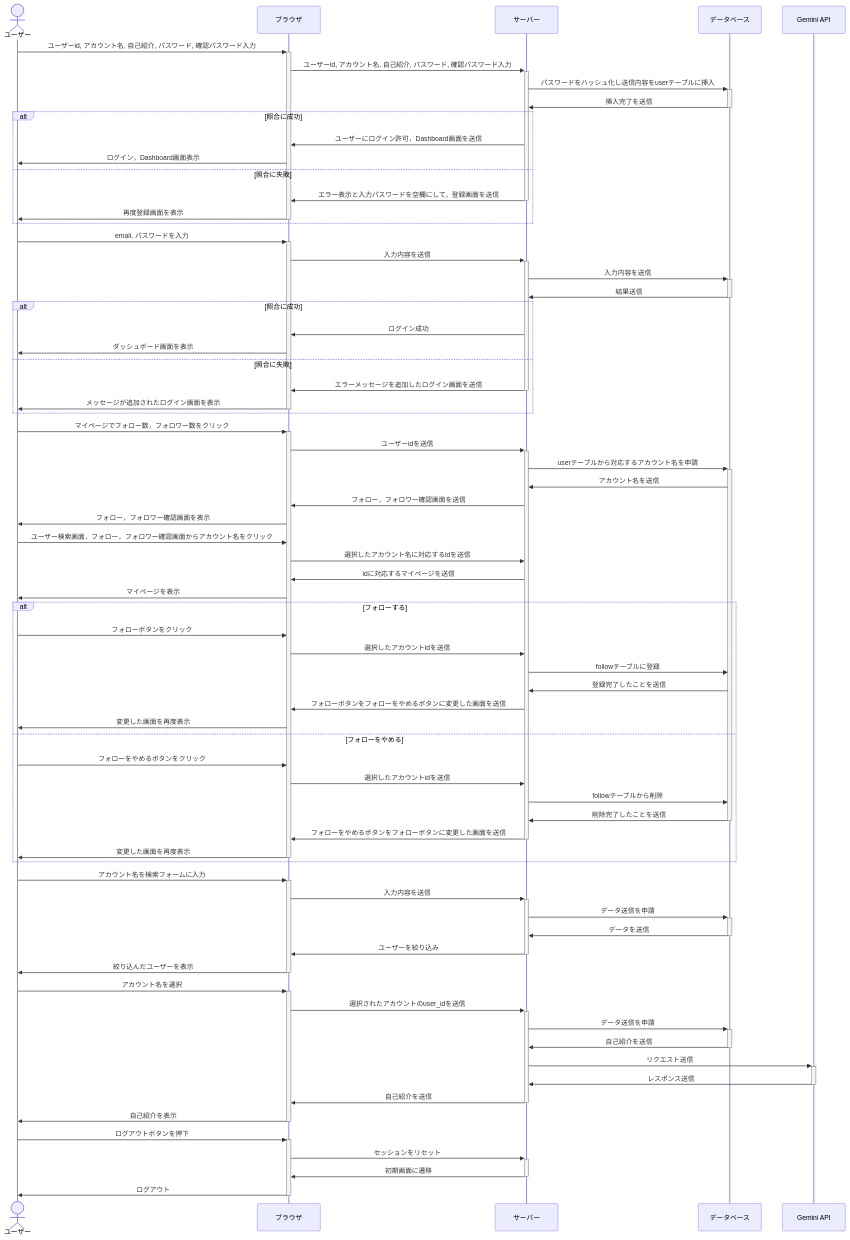
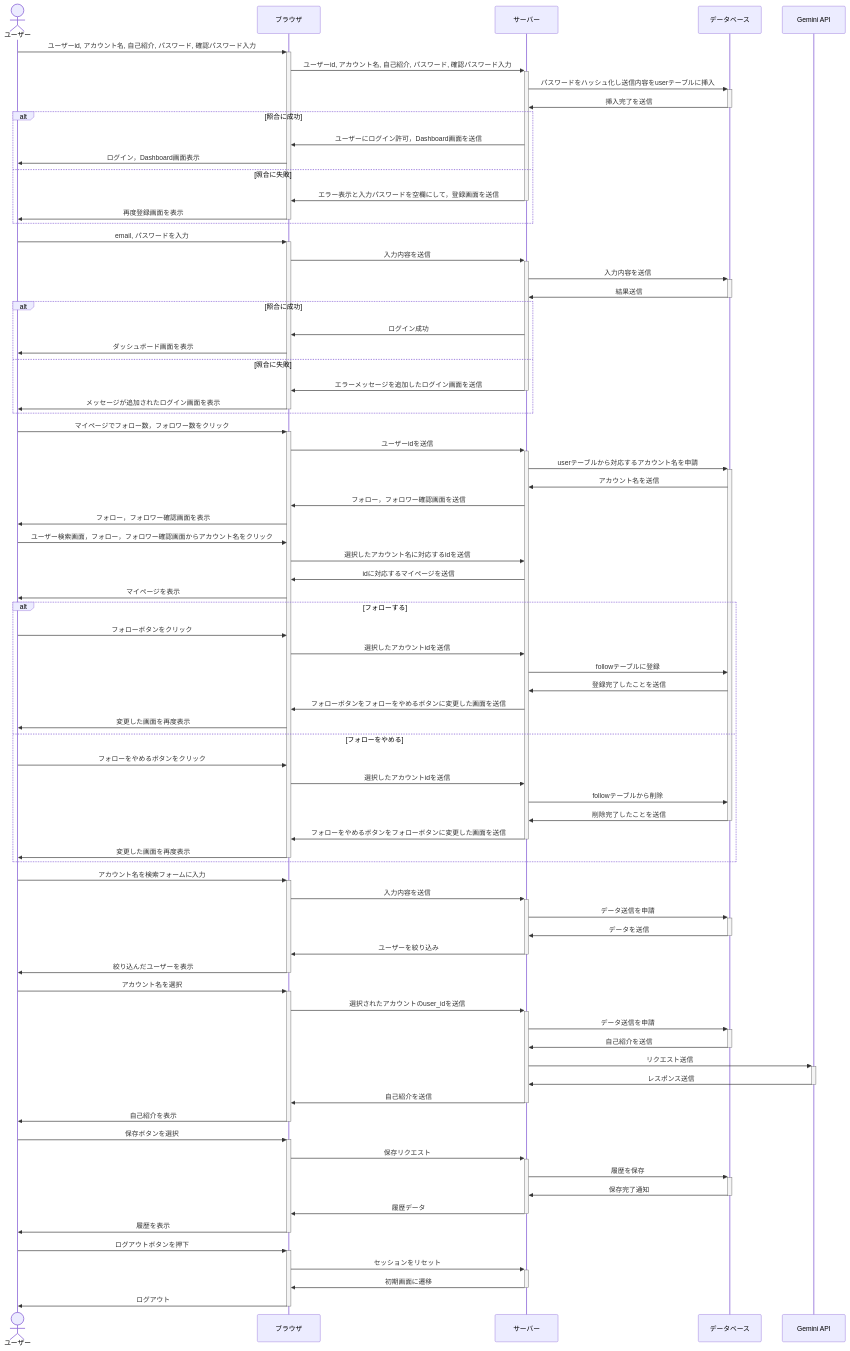
One commit to KakoiTaiyo/TalkDeck changed the diagram in README.md. Above: the diagram before and after it, drawn with Mermaid. The commit also changed other lines of this file, not shown here.

```diff
--- a/README.md
+++ b/README.md
@@ -107,6 +108,13 @@
     サーバー->>-ブラウザ: 自己紹介を送信
     ブラウザ->>-ユーザー: 自己紹介を表示
 
+　　ユーザー->>+ブラウザ: 保存ボタンを選択
+    ブラウザ->>+サーバー: 保存リクエスト
+    サーバー->>+データベース: 履歴を保存
+    データベース->>-サーバー: 保存完了通知
+    サーバー->>-ブラウザ: 履歴データ
+    ブラウザ->>-ユーザー: 履歴を表示
+
     ユーザー->>+ブラウザ: ログアウトボタンを押下
     ブラウザ->>+サーバー: セッションをリセット
     サーバー->>-ブラウザ: 初期画面に遷移
```
